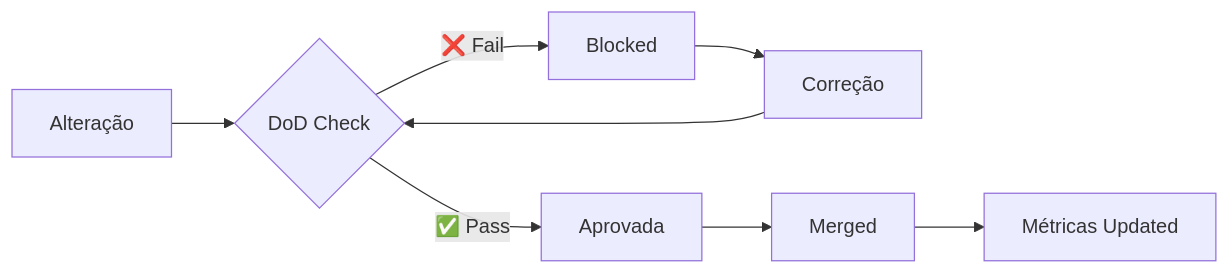
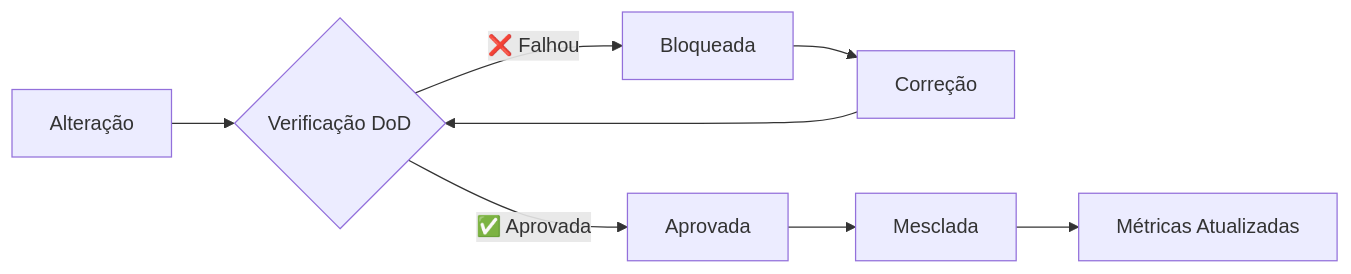
Before and after one commit to casheiro/matrix-protocol: the first of 2 diagrams in content/pt/docs/manual/tools/definition-of-done.md, drawn with Mermaid. The commit also changed 5 other files, not shown here.

````diff
--- a/content/pt/docs/manual/tools/definition-of-done.md
+++ b/content/pt/docs/manual/tools/definition-of-done.md
@@ -223,10 +223,10 @@
 ```mermaid
 graph LR
-    A[Alteração] --> B{DoD Check}
-    B -->|✅ Pass| C[Aprovada]
-    B -->|❌ Fail| D[Blocked]
+    A[Alteração] --> B{Verificação DoD}
+    B -->|✅ Aprovada| C[Aprovada]
+    B -->|❌ Falhou| D[Bloqueada]
     D --> E[Correção]
     E --> B
-    C --> F[Merged]
-    F --> G[Métricas Updated]
+    C --> F[Mesclada]
+    F --> G[Métricas Atualizadas]
 ```
````
